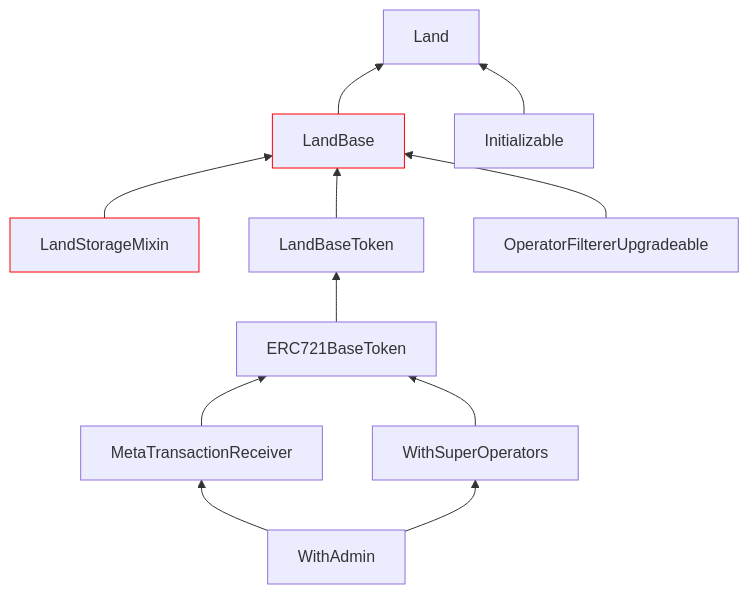
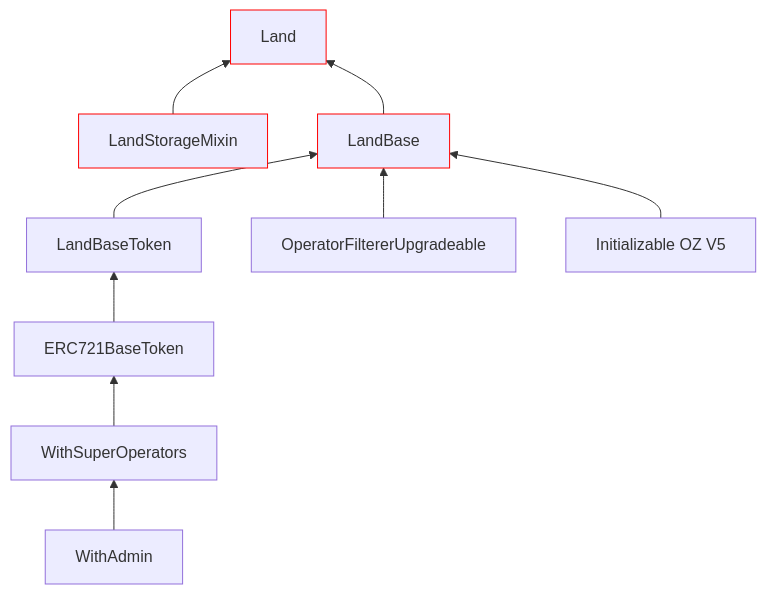
The second of 4 diagrams in packages/land/contracts/LandUpgrade.md (thesandboxgame/sandbox-smart-contracts), drawn with Mermaid before and after one commit. The commit also changed other lines of this file, not shown here.

Commit message:
doc: fix inheritance graph

````diff
--- a/packages/land/contracts/LandUpgrade.md
+++ b/packages/land/contracts/LandUpgrade.md
@@ -54,14 +54,13 @@
 ```mermaid
 flowchart BT;
-    LandBase:::foo-->Land;
-    Initializable-->Land;
-    LandStorageMixin:::foo-->LandBase;
-    LandBaseToken-->LandBase;
+    LandStorageMixin:::foo-->Land:::foo;
+    LandBase-->Land;
+
+    LandBaseToken-->LandBase:::foo;
     OperatorFiltererUpgradeable-->LandBase;
+    Initializable[Initializable OZ V5]-->LandBase;
     ERC721BaseToken-->LandBaseToken;
-    MetaTransactionReceiver-->ERC721BaseToken;
     WithSuperOperators-->ERC721BaseToken;
     WithAdmin-->WithSuperOperators;
-    WithAdmin-->MetaTransactionReceiver;
     classDef foo stroke:#f00
 ```
````
